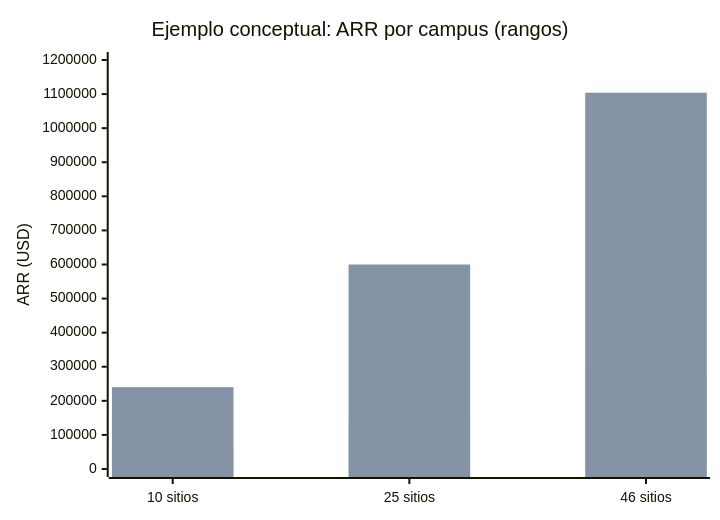
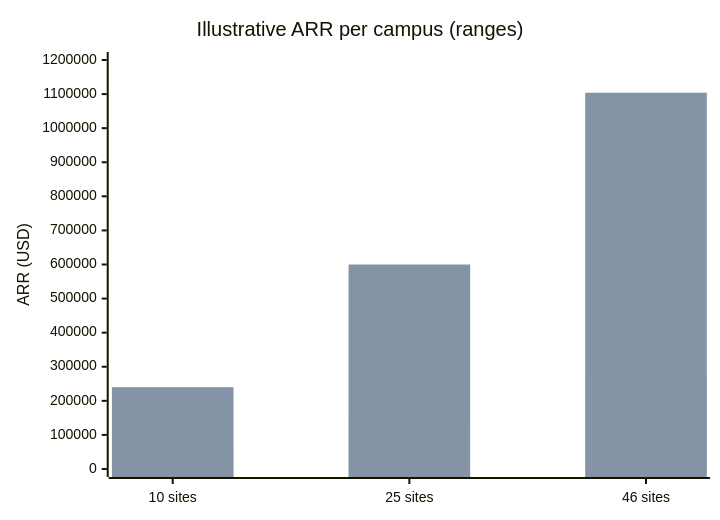
Before and after one commit to jarmancarrera/foodflow-ai: the first of 4 diagrams in README.md, drawn with Mermaid. The commit also changed other lines of this file and 13 other files, not shown here.

````diff
--- a/README.md
+++ b/README.md
@@ -35,8 +45,8 @@
 ```mermaid
 xychart-beta
-  title "Ejemplo conceptual: ARR por campus (rangos)"
-  x-axis ["10 sitios","25 sitios","46 sitios"]
+  title "Illustrative ARR per campus (ranges)"
+  x-axis ["10 sites","25 sites","46 sites"]
   y-axis "ARR (USD)" 0 --> 1200000
-  bar "$500/mes" [60000,150000,276000]
-  bar "$2,000/mes" [240000,600000,1104000]
+  bar "$500/mo" [60000,150000,276000]
+  bar "$2,000/mo" [240000,600000,1104000]
 ```
````
